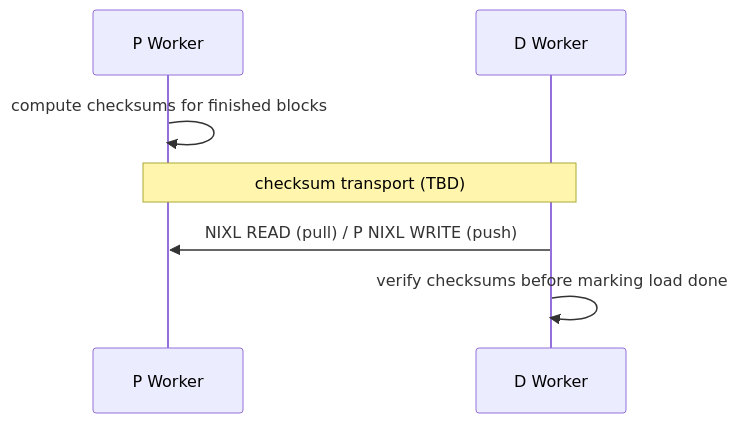
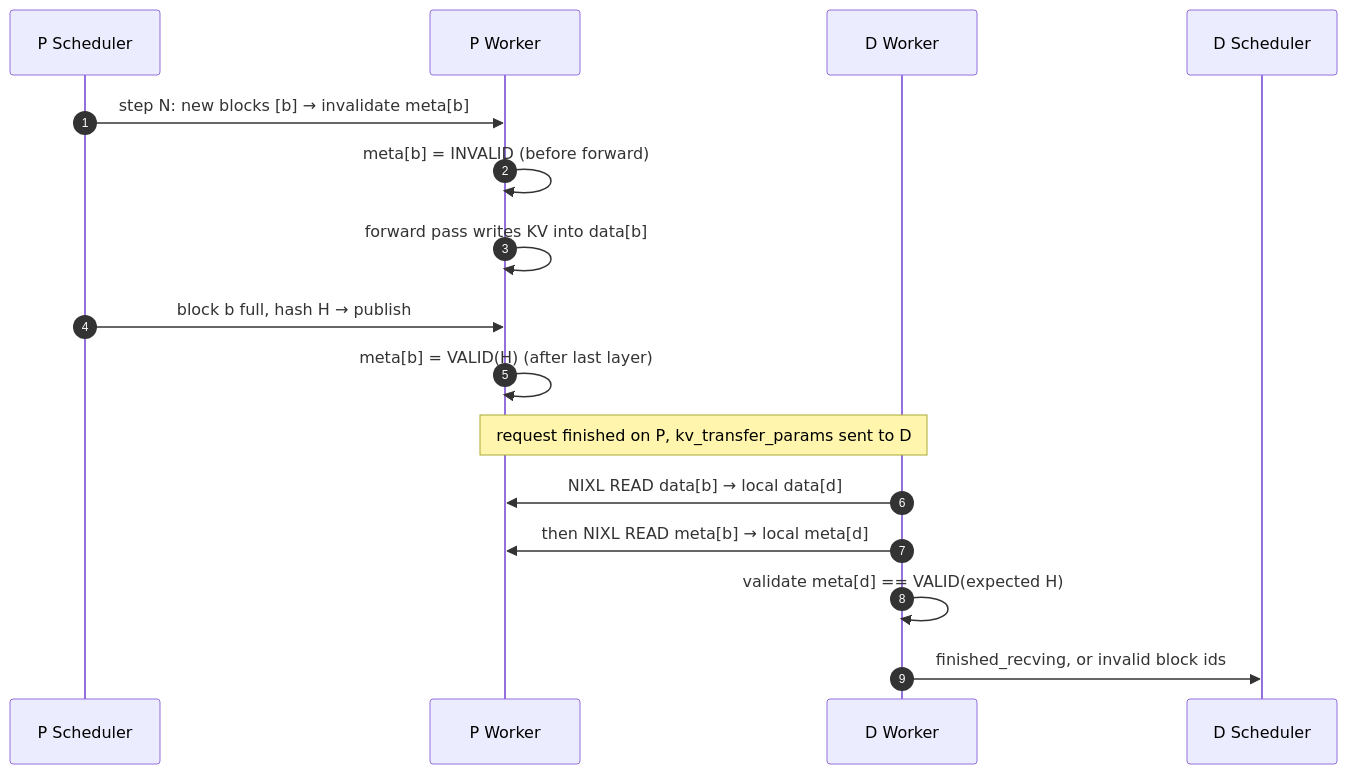
Before and after one commit to vllm-project/vllm: the diagram in docs/design/nixl_kv_checksum.md, drawn with Mermaid. The commit also changed other lines of this file, not shown here.

First line of the commit message:
[Docs][KV Connector] Fill in KV block metadata pool design

````diff
--- a/docs/design/nixl_kv_checksum.md
+++ b/docs/design/nixl_kv_checksum.md
@@ -104,9 +139,19 @@
 ```mermaid
 sequenceDiagram
+    autonumber
+    participant PSched as P Scheduler
     participant PWorker as P Worker
     participant DWorker as D Worker
-    PWorker->>PWorker: compute checksums for finished blocks
-    Note over PWorker,DWorker: checksum transport (TBD)
-    DWorker->>PWorker: NIXL READ (pull) / P NIXL WRITE (push)
-    DWorker->>DWorker: verify checksums before marking load done
+    participant DSched as D Scheduler
+
+    PSched->>PWorker: step N: new blocks [b] → invalidate meta[b]
+    PWorker->>PWorker: meta[b] = INVALID (before forward)
+    PWorker->>PWorker: forward pass writes KV into data[b]
+    PSched->>PWorker: block b full, hash H → publish
+    PWorker->>PWorker: meta[b] = VALID(H) (after last layer)
+    Note over PWorker,DWorker: request finished on P, kv_transfer_params sent to D
+    DWorker->>PWorker: NIXL READ data[b] → local data[d]
+    DWorker->>PWorker: then NIXL READ meta[b] → local meta[d]
+    DWorker->>DWorker: validate meta[d] == VALID(expected H)
+    DWorker->>DSched: finished_recving, or invalid block ids
 ```
````
